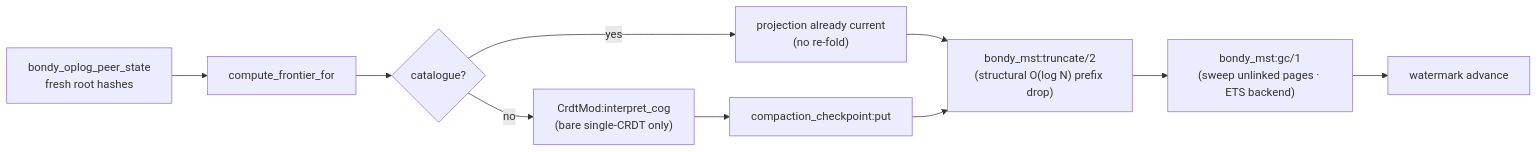
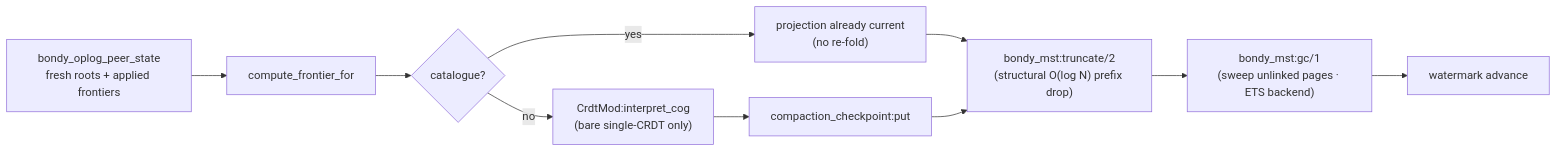
Before and after one commit to bondy-io/bondy: the ninth of 9 diagrams in apps/bondy_db/doc_extras/architecture/01_bondy_oplog.md, drawn with Mermaid. The commit also changed other lines of this file and 35 other files, not shown here.

````diff
--- a/apps/bondy_db/doc_extras/architecture/01_bondy_oplog.md
+++ b/apps/bondy_db/doc_extras/architecture/01_bondy_oplog.md
@@ -502,17 +503,17 @@
 ```mermaid
 flowchart LR
-    PEERS["bondy_oplog_peer_state<br/>fresh root hashes"]
+    PEERS["bondy_oplog_peer_state<br/>fresh roots + applied frontiers"]
     FRONT["compute_frontier_for"]
     MODE{"catalogue?"}
     FAST["projection already current<br/>(no re-fold)"]
     INTERP["CrdtMod:interpret_cog<br/>(bare single-CRDT only)"]
     CKPT[compaction_checkpoint:put]
     TRUNC["bondy_mst:truncate/2<br/>(structural O(log N) prefix drop)"]
     GC["bondy_mst:gc/1<br/>(sweep unlinked pages · ETS backend)"]
     WM[watermark advance]
 
     PEERS --> FRONT --> MODE
     MODE -->|yes| FAST --> TRUNC
     MODE -->|no| INTERP --> CKPT --> TRUNC
     TRUNC --> GC --> WM
 ```
````
